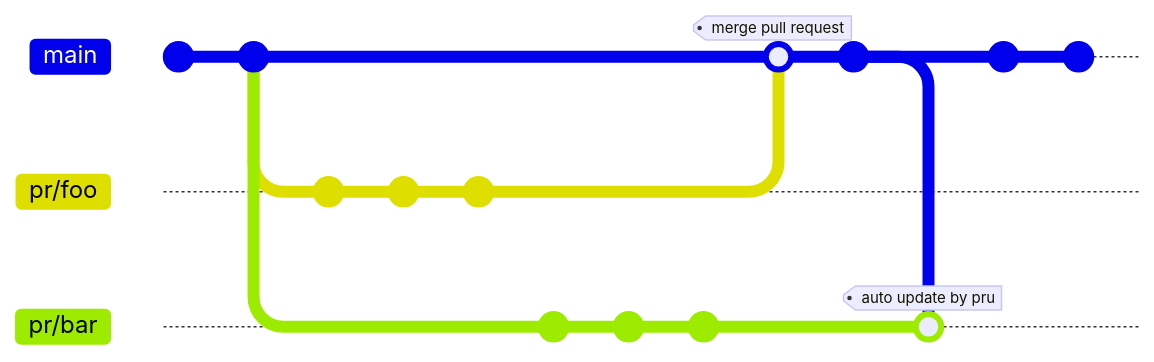
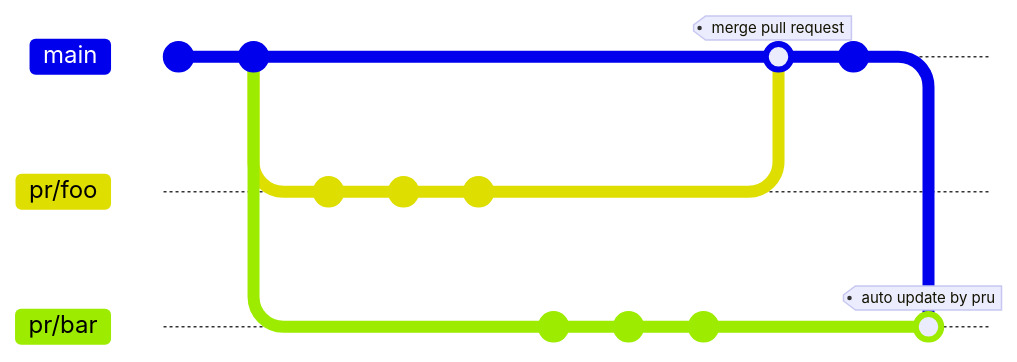
Before and after one commit to winebarrel/pru-action: the diagram in README.md, drawn with Mermaid. Commit ids are hidden.

````diff
--- a/README.md
+++ b/README.md
@@ -7,22 +7,20 @@
 ```mermaid
 gitGraph
   commit
   commit
   branch pr/foo
   commit
   commit
   commit
   checkout main
   branch pr/bar
   commit
   commit
   commit
   checkout main
   merge pr/foo tag:"merge pull request"
   commit
   checkout pr/bar
   merge main tag:"auto update by pru"
   checkout main
-  commit
-  commit
 ```
````
